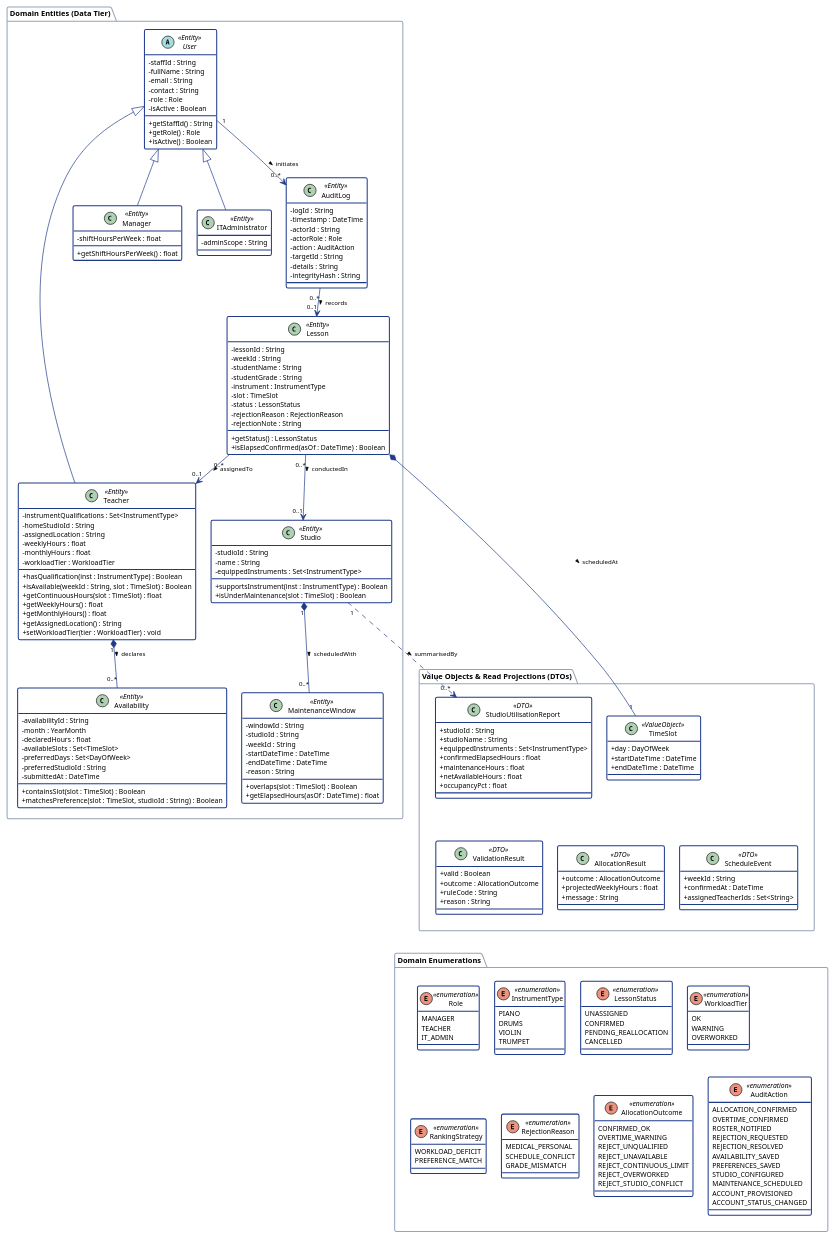
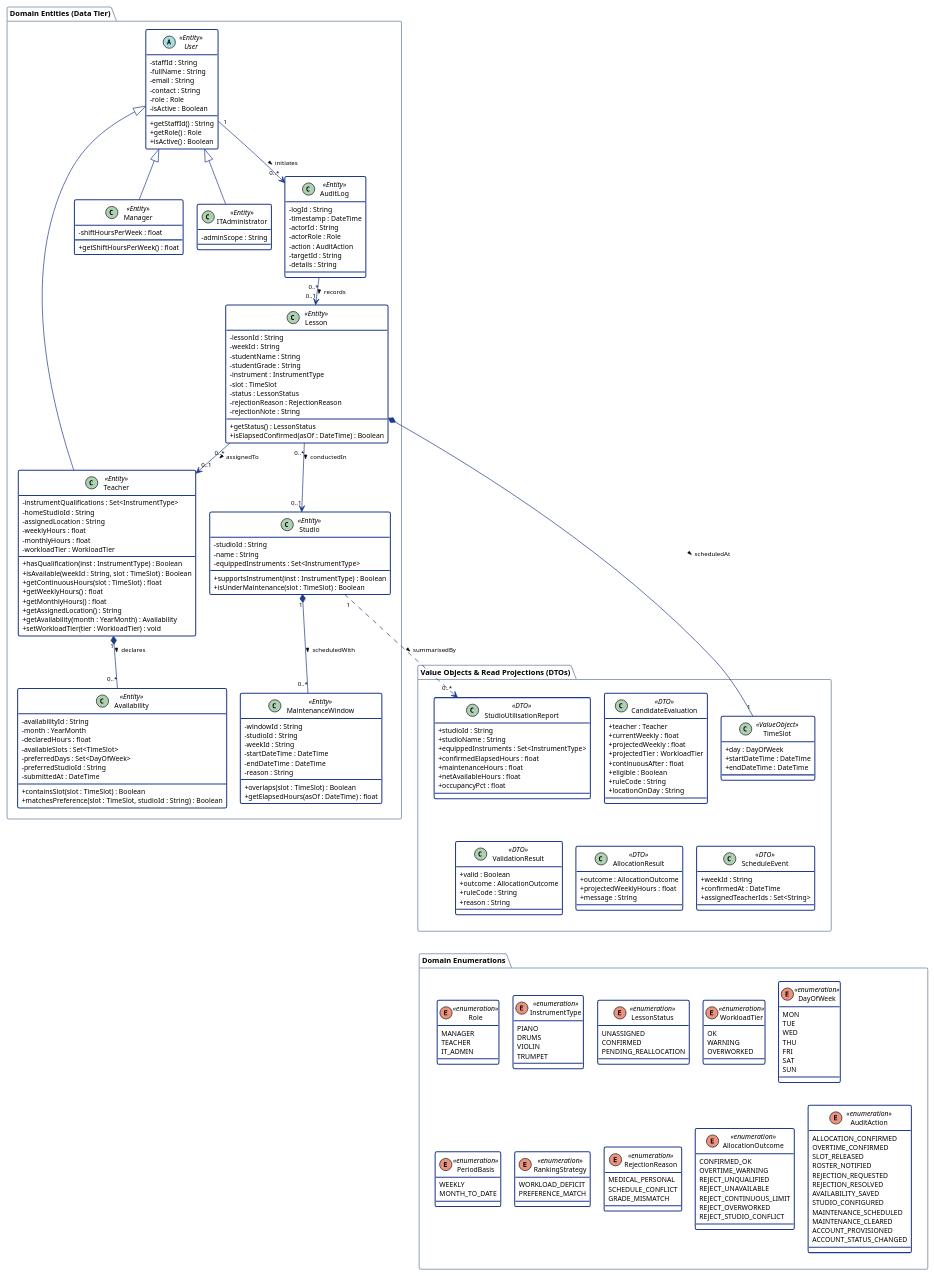
The diagram in report/assets/m2/final_class_diagram_entities.puml (adoreblvnk/2001temp), drawn with PlantUML before and after one commit. The commit also changed 39 other files, not shown here.

Commit message:
fix(report,wireframes,slides): align UML diagrams, interface contracts, testing, and PDF exports

```diff
--- a/report/assets/m2/final_class_diagram_entities.puml
+++ b/report/assets/m2/final_class_diagram_entities.puml
@@ -4,8 +4,8 @@
 skinparam shadowing false
 skinparam defaultFontName "Helvetica", "Arial", sans-serif
 skinparam defaultFontSize 10
-skinparam nodesep 22
-skinparam ranksep 28
+skinparam nodesep 20
+skinparam ranksep 26
 skinparam class {
     BackgroundColor #FFFFFF
     BorderColor #1E3A8A
@@ -51,6 +51,7 @@
         +getWeeklyHours() : float
         +getMonthlyHours() : float
         +getAssignedLocation() : String
+        +getAvailability(month : YearMonth) : Availability
         +setWorkloadTier(tier : WorkloadTier) : void
     }
     class Manager <<Entity>> {
@@ -109,7 +110,6 @@
         -action : AuditAction
         -targetId : String
         -details : String
-        -integrityHash : String
     }
 }
 
@@ -128,6 +128,16 @@
             +maintenanceHours : float
             +netAvailableHours : float
             +occupancyPct : float
+        }
+        class CandidateEvaluation <<DTO>> {
+            +teacher : Teacher
+            +currentWeekly : float
+            +projectedWeekly : float
+            +projectedTier : WorkloadTier
+            +continuousAfter : float
+            +eligible : Boolean
+            +ruleCode : String
+            +locationOnDay : String
         }
     }
     together {
@@ -149,6 +159,7 @@
         }
     }
     TimeSlot -[hidden]right-> StudioUtilisationReport
+    StudioUtilisationReport -[hidden]right-> CandidateEvaluation
     TimeSlot -[hidden]down-> ValidationResult
     ValidationResult -[hidden]right-> AllocationResult
     AllocationResult -[hidden]right-> ScheduleEvent
@@ -171,15 +182,27 @@
             UNASSIGNED
             CONFIRMED
             PENDING_REALLOCATION
-            CANCELLED
         }
         enum WorkloadTier <<enumeration>> {
             OK
             WARNING
             OVERWORKED
         }
+        enum DayOfWeek <<enumeration>> {
+            MON
+            TUE
+            WED
+            THU
+            FRI
+            SAT
+            SUN
+        }
     }
     together {
+        enum PeriodBasis <<enumeration>> {
+            WEEKLY
+            MONTH_TO_DATE
+        }
         enum RankingStrategy <<enumeration>> {
             WORKLOAD_DEFICIT
             PREFERENCE_MATCH
@@ -201,13 +224,14 @@
         enum AuditAction <<enumeration>> {
             ALLOCATION_CONFIRMED
             OVERTIME_CONFIRMED
+            SLOT_RELEASED
             ROSTER_NOTIFIED
             REJECTION_REQUESTED
             REJECTION_RESOLVED
             AVAILABILITY_SAVED
-            PREFERENCES_SAVED
             STUDIO_CONFIGURED
             MAINTENANCE_SCHEDULED
+            MAINTENANCE_CLEARED
             ACCOUNT_PROVISIONED
             ACCOUNT_STATUS_CHANGED
         }
@@ -215,7 +239,9 @@
     Role -[hidden]right-> InstrumentType
     InstrumentType -[hidden]right-> LessonStatus
     LessonStatus -[hidden]right-> WorkloadTier
-    Role -[hidden]down-> RankingStrategy
+    WorkloadTier -[hidden]right-> DayOfWeek
+    Role -[hidden]down-> PeriodBasis
+    PeriodBasis -[hidden]right-> RankingStrategy
     RankingStrategy -[hidden]right-> RejectionReason
     RejectionReason -[hidden]right-> AllocationOutcome
     AllocationOutcome -[hidden]right-> AuditAction
```
